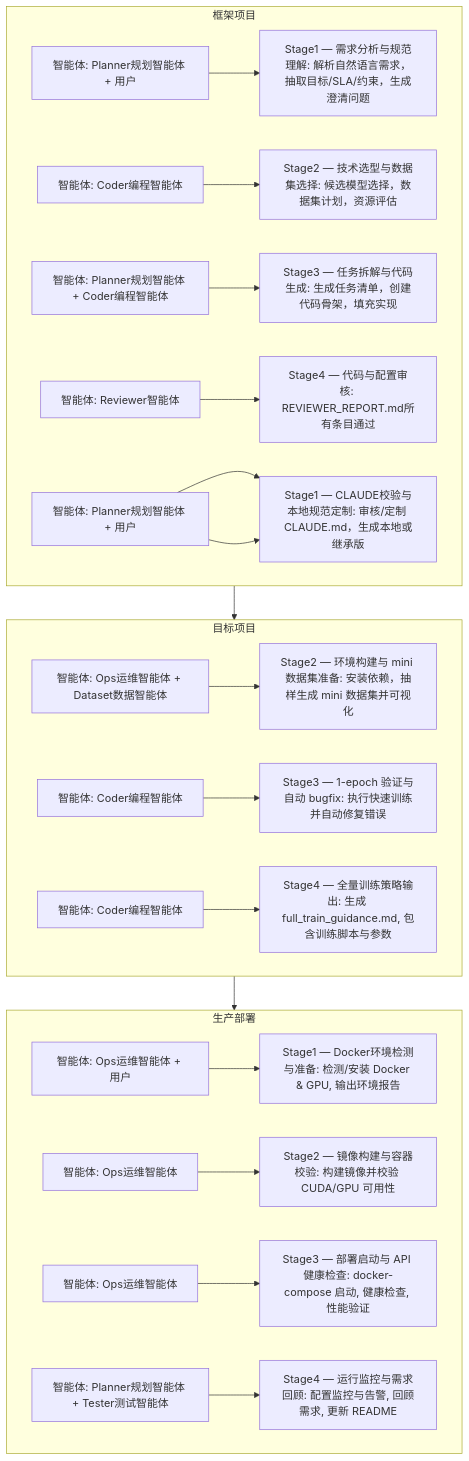
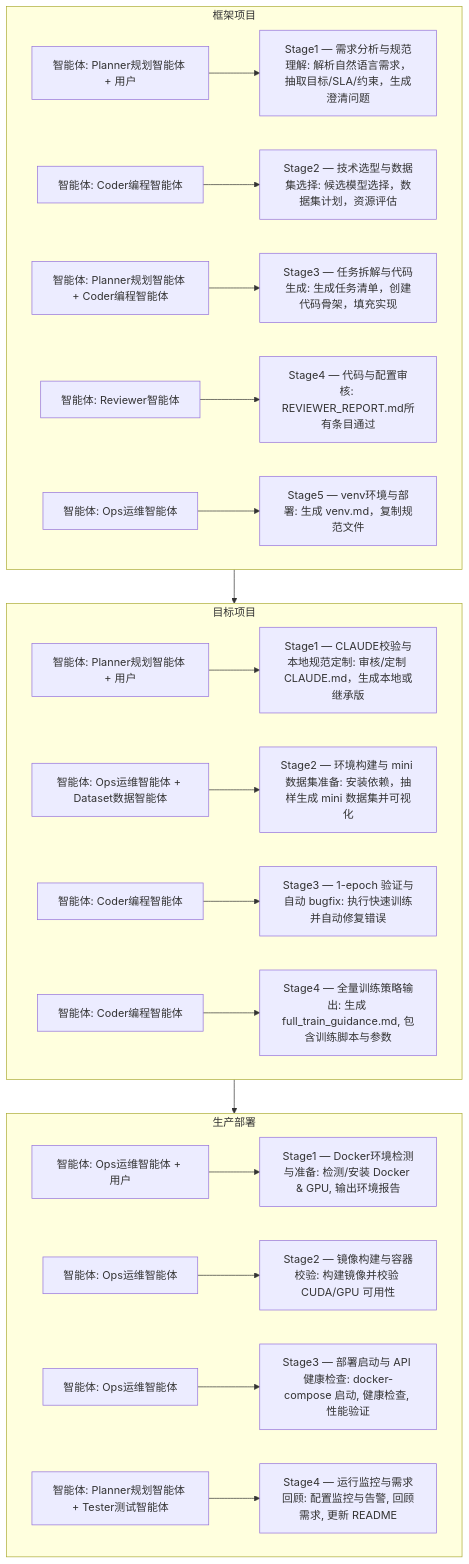
Diagram 17 of 17 in README.md (ouyangshixiong/context-engineering-zh), drawn with Mermaid before and after one commit.

Commit message:
修复bug

````diff
--- a/README.md
+++ b/README.md
@@ -724,66 +724,66 @@
 ```mermaid
 flowchart TD
 
     %% ================= 框架项目 =================
     subgraph F1["框架项目"]
 
         S1_who["智能体: Planner规划智能体 + 用户"]
         S1_desc["Stage1 — 需求分析与规范理解: 解析自然语言需求，抽取目标/SLA/约束，生成澄清问题"]
         S2_who["智能体: Coder编程智能体"]
         S2_desc["Stage2 — 技术选型与数据集选择: 候选模型选择，数据集计划，资源评估"]
         S3_who["智能体: Planner规划智能体 + Coder编程智能体"]
         S3_desc["Stage3 — 任务拆解与代码生成: 生成任务清单，创建代码骨架，填充实现"]
         S4_who["智能体: Reviewer智能体"]
         S4_desc["Stage4 — 代码与配置审核: REVIEWER_REPORT.md所有条目通过"]
-        S5_who["智能体: Ops运维智能体"]
-        S5_desc["Stage5 — venv环境与部署: 生成 venv.md，复制规范文件"]
+        S41_who["智能体: Ops运维智能体"]
+        S41_desc["Stage5 — venv环境与部署: 生成 venv.md，复制规范文件"]
 
         S1_who --> S1_desc
         S2_who --> S2_desc
         S3_who --> S3_desc
         S4_who --> S4_desc
-        S5_who --> S5_desc
+        S41_who --> S41_desc
 
     end
 
     %% ================= 目标项目 =================
     subgraph F2["目标项目"]
 
         S5_who["智能体: Planner规划智能体 + 用户"]
         S5_desc["Stage1 — CLAUDE校验与本地规范定制: 审核/定制 CLAUDE.md，生成本地或继承版"]
         S6_who["智能体: Ops运维智能体 + Dataset数据智能体"]
         S6_desc["Stage2 — 环境构建与 mini 数据集准备: 安装依赖，抽样生成 mini 数据集并可视化"]
         S7_who["智能体: Coder编程智能体"]
         S7_desc["Stage3 — 1-epoch 验证与自动 bugfix: 执行快速训练并自动修复错误"]
         S8_who["智能体: Coder编程智能体"]
         S8_desc["Stage4 — 全量训练策略输出: 生成 full_train_guidance.md, 包含训练脚本与参数"]
 
         S5_who --> S5_desc
         S6_who --> S6_desc
         S7_who --> S7_desc
         S8_who --> S8_desc
 
     end
 
     %% ================= 生产部署 =================
     subgraph F3["生产部署"]
 
         S9_who["智能体: Ops运维智能体 + 用户"]
         S9_desc["Stage1 — Docker环境检测与准备: 检测/安装 Docker & GPU, 输出环境报告"]
         S10_who["智能体: Ops运维智能体"]
         S10_desc["Stage2 — 镜像构建与容器校验: 构建镜像并校验 CUDA/GPU 可用性"]
         S11_who["智能体: Ops运维智能体"]
         S11_desc["Stage3 — 部署启动与 API 健康检查: docker-compose 启动, 健康检查, 性能验证"]
         S12_who["智能体: Planner规划智能体 + Tester测试智能体"]
         S12_desc["Stage4 — 运行监控与需求回顾: 配置监控与告警, 回顾需求, 更新 README"]
 
         S9_who --> S9_desc
         S10_who --> S10_desc
         S11_who --> S11_desc
         S12_who --> S12_desc
 
     end
 
     F1 --> F2 --> F3
 
 ```
````
